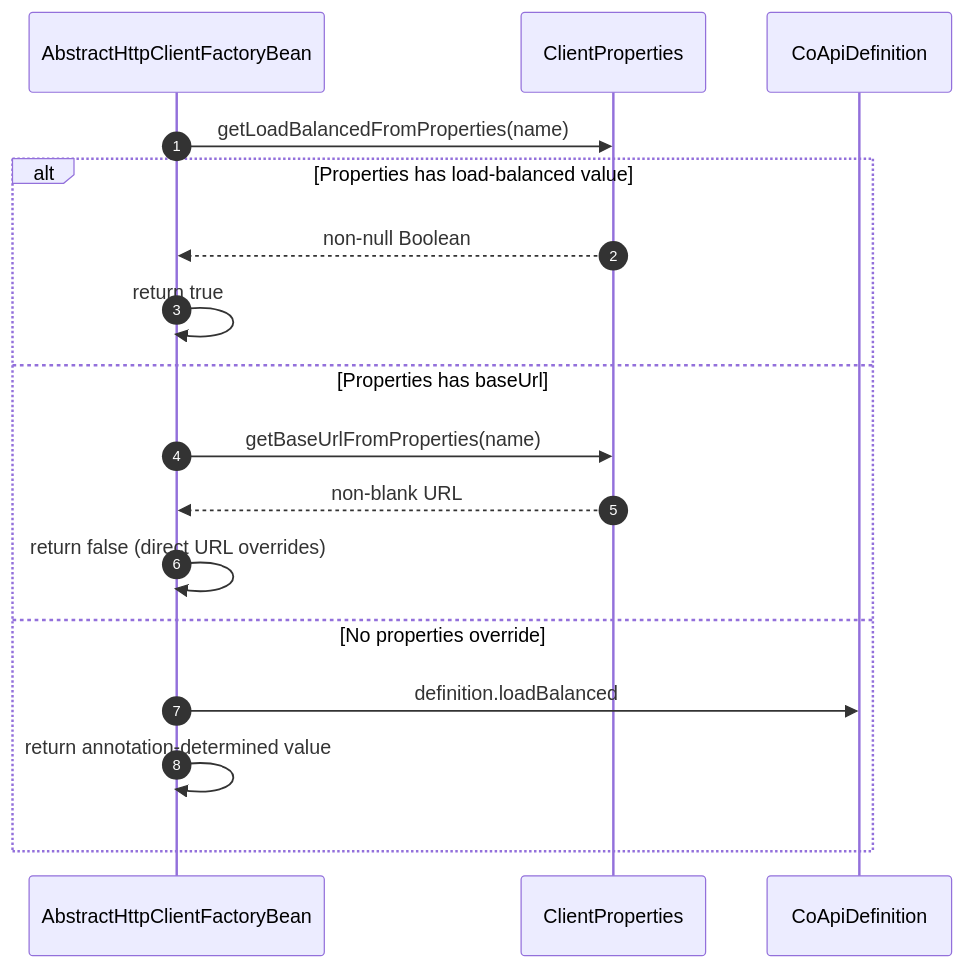
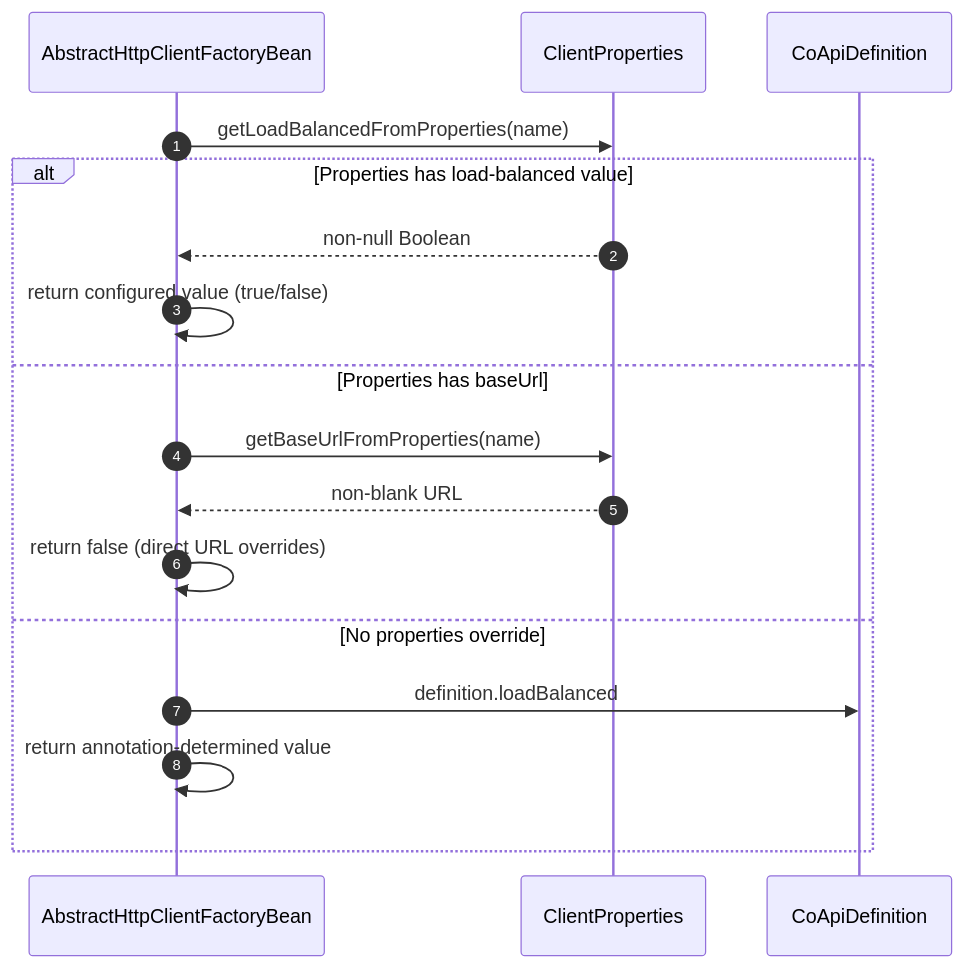
One commit to Ahoo-Wang/CoApi changed the second of 4 diagrams in wiki/deep-dive/load-balancing.md. Above: the diagram before and after it, drawn with Mermaid. The commit also changed other lines of this file and 7 other files, not shown here.

````diff
--- a/wiki/deep-dive/load-balancing.md
+++ b/wiki/deep-dive/load-balancing.md
@@ -64,20 +64,20 @@
 ```mermaid
 sequenceDiagram
     autonumber
     participant FB as AbstractHttpClientFactoryBean
     participant Props as ClientProperties
     participant Def as CoApiDefinition
 
     FB->>Props: getLoadBalancedFromProperties(name)
     alt Properties has load-balanced value
         Props-->>FB: non-null Boolean
-        FB->>FB: return true
+        FB->>FB: return configured value (true/false)
     else Properties has baseUrl
         FB->>Props: getBaseUrlFromProperties(name)
         Props-->>FB: non-blank URL
         FB->>FB: return false (direct URL overrides)
     else No properties override
         FB->>Def: definition.loadBalanced
         FB->>FB: return annotation-determined value
     end
 ```
````
